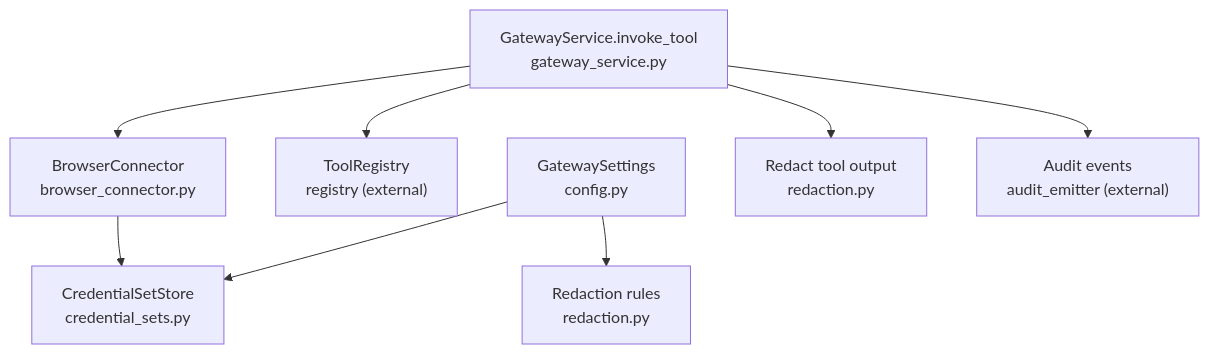
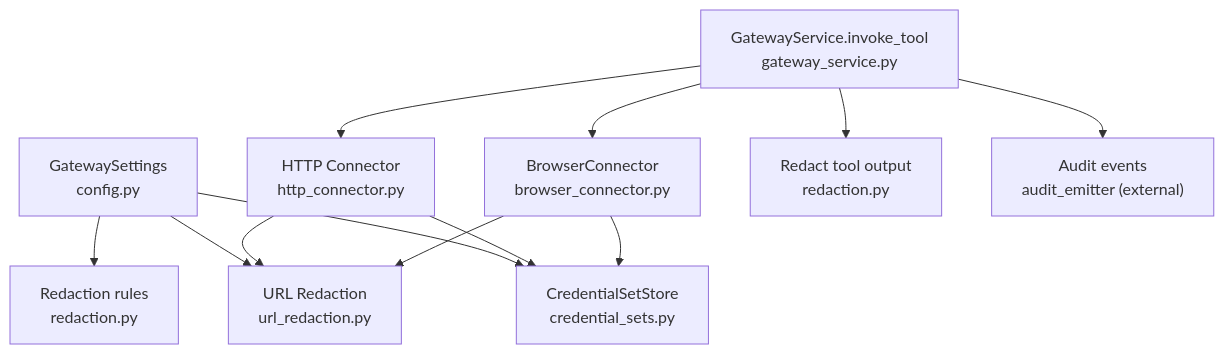
Before and after one commit to metasync/luban-aiops: the first of 9 diagrams in .qoder/repowiki/en/content/Core Services/Tool Gateway/Credential Management and Security.md, drawn with Mermaid. The commit also changed other lines of this file and 102 other files, not shown here.

````diff
--- a/.qoder/repowiki/en/content/Core Services/Tool Gateway/Credential Management and Security.md
+++ b/.qoder/repowiki/en/content/Core Services/Tool Gateway/Credential Management and Security.md
@@ -40,10 +52,14 @@
 ```mermaid
 graph TB
 A["GatewaySettings<br/>config.py"] --> B["CredentialSetStore<br/>credential_sets.py"]
 A --> C["Redaction rules<br/>redaction.py"]
-D["GatewayService.invoke_tool<br/>gateway_service.py"] --> E["ToolRegistry<br/>registry (external)"]
-D --> F["BrowserConnector<br/>browser_connector.py"]
-F --> B
-D --> G["Redact tool output<br/>redaction.py"]
-D --> H["Audit events<br/>audit_emitter (external)"]
+A --> D["URL Redaction<br/>url_redaction.py"]
+E["HTTP Connector<br/>http_connector.py"] --> B
+E --> D
+F["BrowserConnector<br/>browser_connector.py"] --> B
+F --> D
+G["GatewayService.invoke_tool<br/>gateway_service.py"] --> E
+G --> F
+G --> H["Redact tool output<br/>redaction.py"]
+G --> I["Audit events<br/>audit_emitter (external)"]
 ```
````
